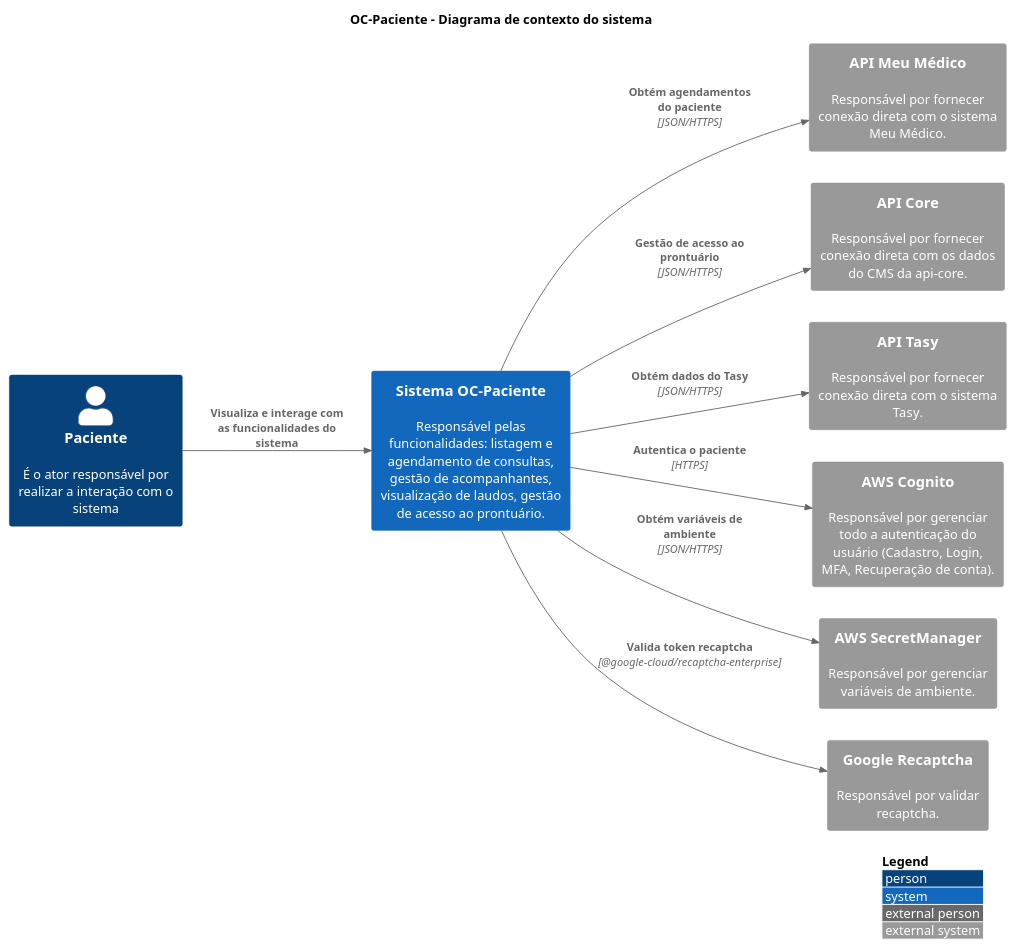
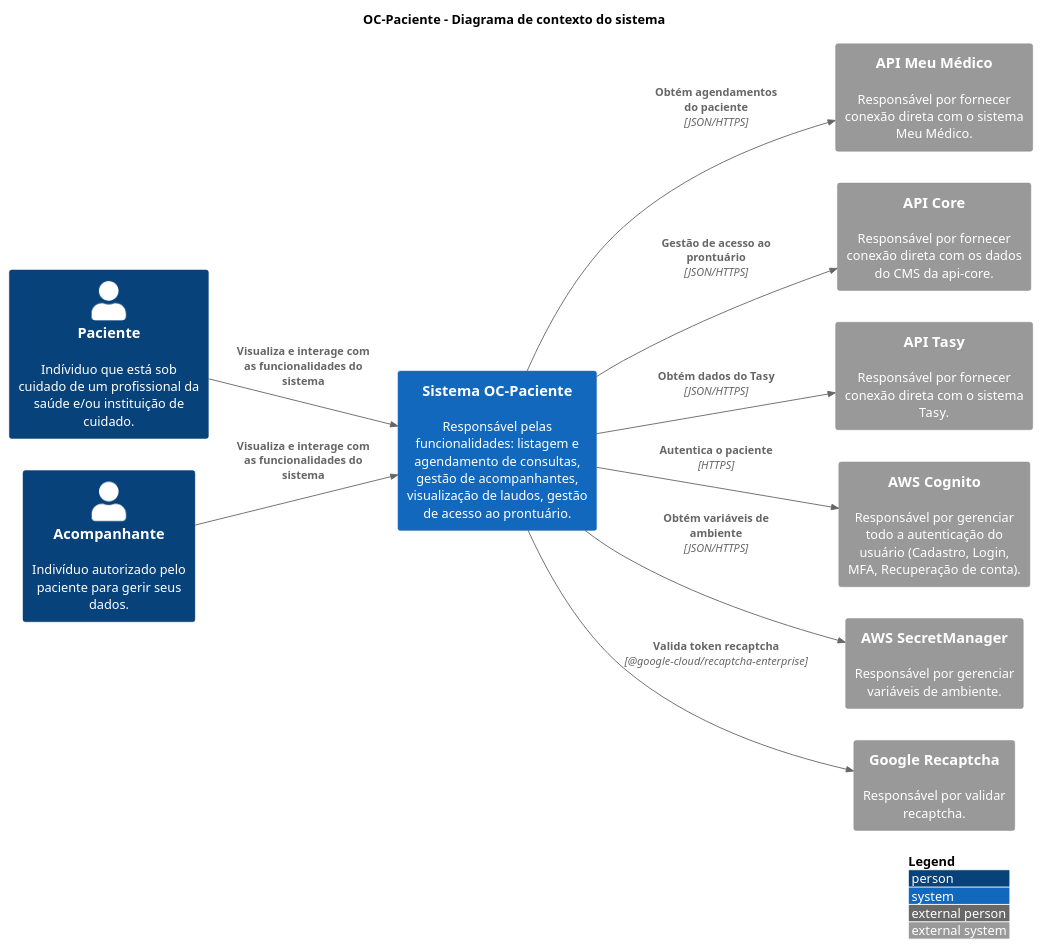
One commit to luizggbasedigital/poc-oc-docs changed the diagram in src/OC-Paciente/C1. Visão Geral/context.puml. Above: the diagram before and after it, drawn with PlantUML. The commit also changed 4 other files, not shown here.

Commit message:
docs: add companion and assistant in external physician and patient diagrams

```diff
--- a/src/OC-Paciente/C1. Visão Geral/context.puml
+++ b/src/OC-Paciente/C1. Visão Geral/context.puml
@@ -1,35 +1,37 @@
 @startuml "Context Diagram"
 
 title "OC-Paciente - Diagrama de contexto do sistema"
 
 !include https://raw.githubusercontent.com/adrianvlupu/C4-PlantUML/latest/C4_Context.puml
 
 LAYOUT_WITH_LEGEND()
 LAYOUT_LEFT_RIGHT()
 
 skinparam backgroundcolor transparent
 
 /'Actors'/
-Person(ActorPatient, "Paciente", "É o ator responsável por realizar a interação com o sistema ")
+Person(ActorPatient, "Paciente", "Indíviduo que está sob cuidado de um profissional da saúde e/ou instituição de cuidado.")
+Person(ActorCompanion, "Acompanhante", "Indivíduo autorizado pelo paciente para gerir seus dados.")
 
 /'Internal Systems'/
 System(SystemOCPatient, "Sistema OC-Paciente", "Responsável pelas funcionalidades: listagem e agendamento de consultas, gestão de acompanhantes, visualização de laudos, gestão de acesso ao prontuário.")
 
 /'External Systems'/
 System_Ext(SystemMyPhysicianApi, "API Meu Médico", "Responsável por fornecer conexão direta com o sistema Meu Médico.")
 System_Ext(SystemApiCore, "API Core", "Responsável por fornecer conexão direta com os dados do CMS da api-core.")
 System_Ext(SystemTasyApi, "API Tasy", "Responsável por fornecer conexão direta com o sistema Tasy.")
 System_Ext(SystemAWSCognito, "AWS Cognito", "Responsável por gerenciar todo a autenticação do usuário (Cadastro, Login, MFA, Recuperação de conta).")
 System_Ext(SystemAWSSecretManager, "AWS SecretManager", "Responsável por gerenciar variáveis de ambiente.")
 System_Ext(SystemGoogleRecaptcha, "Google Recaptcha", "Responsável por validar recaptcha.")
 
 /'Relations'/
 Rel(ActorPatient, SystemOCPatient, "Visualiza e interage com as funcionalidades do sistema")
+Rel(ActorCompanion, SystemOCPatient, "Visualiza e interage com as funcionalidades do sistema")
 Rel(SystemOCPatient, SystemGoogleRecaptcha, "Valida token recaptcha", "@google-cloud/recaptcha-enterprise")
 Rel(SystemOCPatient, SystemAWSCognito, "Autentica o paciente", "HTTPS")
 Rel(SystemOCPatient, SystemAWSSecretManager, "Obtém variáveis de ambiente", "JSON/HTTPS")
 Rel(SystemOCPatient, SystemMyPhysicianApi, "Obtém agendamentos do paciente", "JSON/HTTPS")
 Rel(SystemOCPatient, SystemTasyApi, "Obtém dados do Tasy", "JSON/HTTPS")
 Rel(SystemOCPatient, SystemApiCore, "Gestão de acesso ao prontuário", "JSON/HTTPS")
 
 @enduml
```
